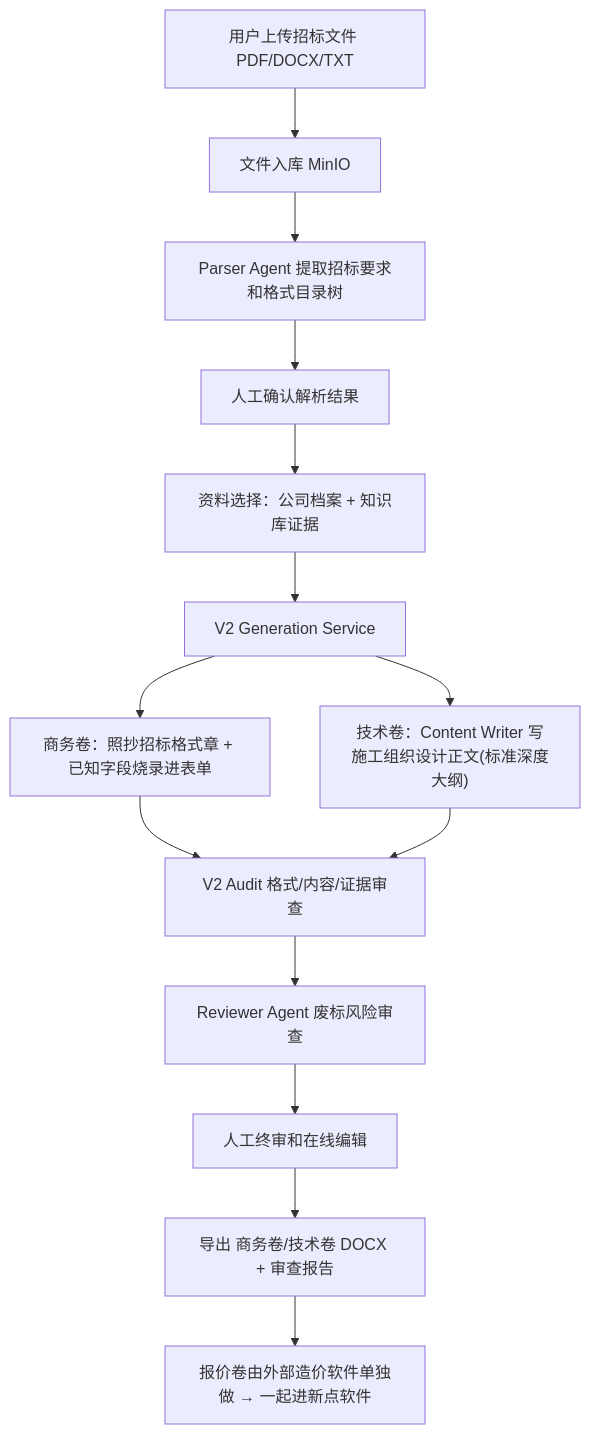
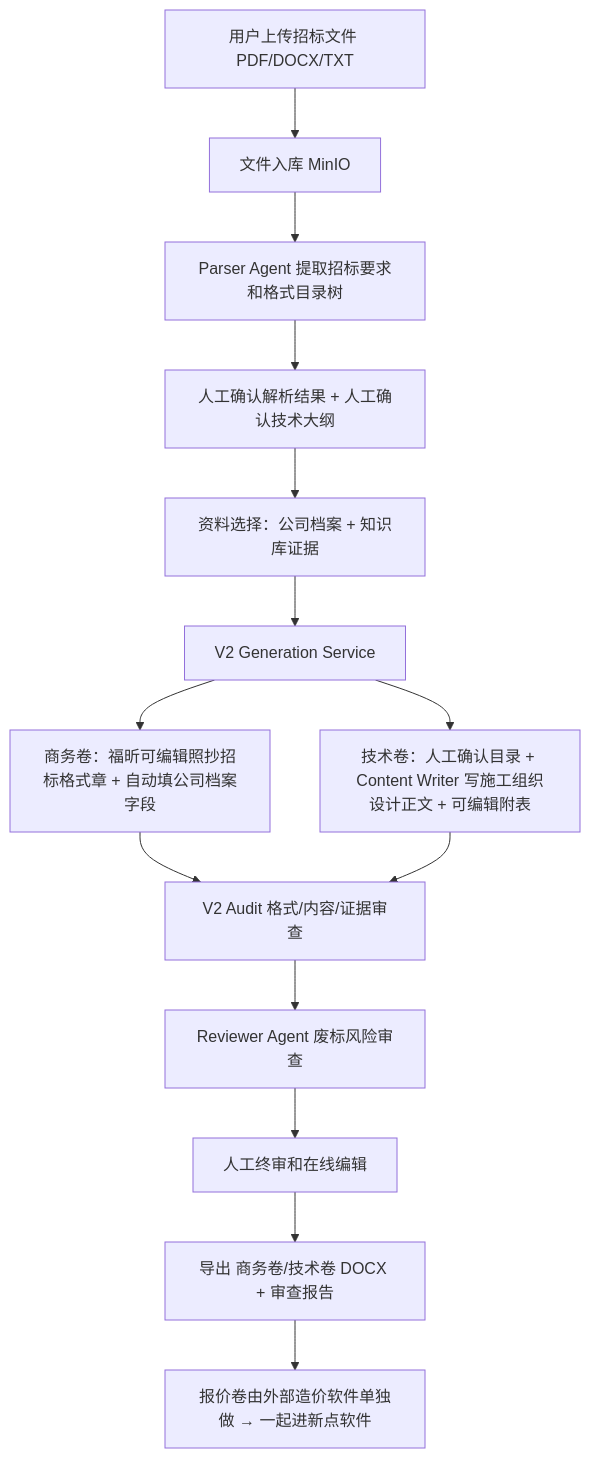
One commit to fakelilway/TenderDoc-Generator changed the diagram in README.md. Above: the diagram before and after it, drawn with Mermaid. The commit also changed other lines of this file and 4 other files, not shown here.

````diff
--- a/README.md
+++ b/README.md
@@ -14,16 +14,16 @@
 ```mermaid
 flowchart TD
     A["用户上传招标文件 PDF/DOCX/TXT"] --> B["文件入库 MinIO"]
     B --> C["Parser Agent 提取招标要求和格式目录树"]
-    C --> D["人工确认解析结果"]
+    C --> D["人工确认解析结果 + 人工确认技术大纲"]
     D --> E["资料选择：公司档案 + 知识库证据"]
     E --> F["V2 Generation Service"]
-    F --> G["商务卷：照抄招标格式章 + 已知字段烧录进表单"]
-    F --> H["技术卷：Content Writer 写施工组织设计正文(标准深度大纲)"]
+    F --> G["商务卷：福昕可编辑照抄招标格式章 + 自动填公司档案字段"]
+    F --> H["技术卷：人工确认目录 + Content Writer 写施工组织设计正文 + 可编辑附表"]
     G --> I["V2 Audit 格式/内容/证据审查"]
     H --> I
     I --> J["Reviewer Agent 废标风险审查"]
     J --> K["人工终审和在线编辑"]
     K --> L["导出 商务卷/技术卷 DOCX + 审查报告"]
     L --> M["报价卷由外部造价软件单独做 → 一起进新点软件"]
 ```
````
